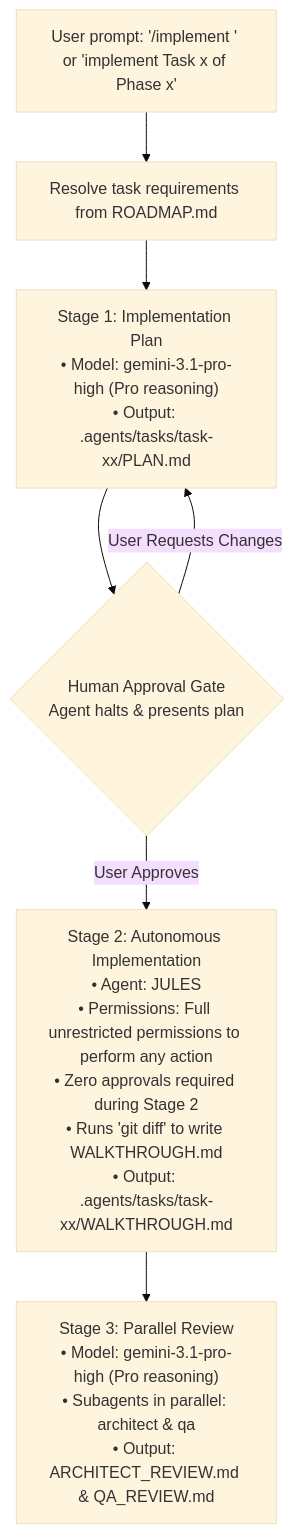
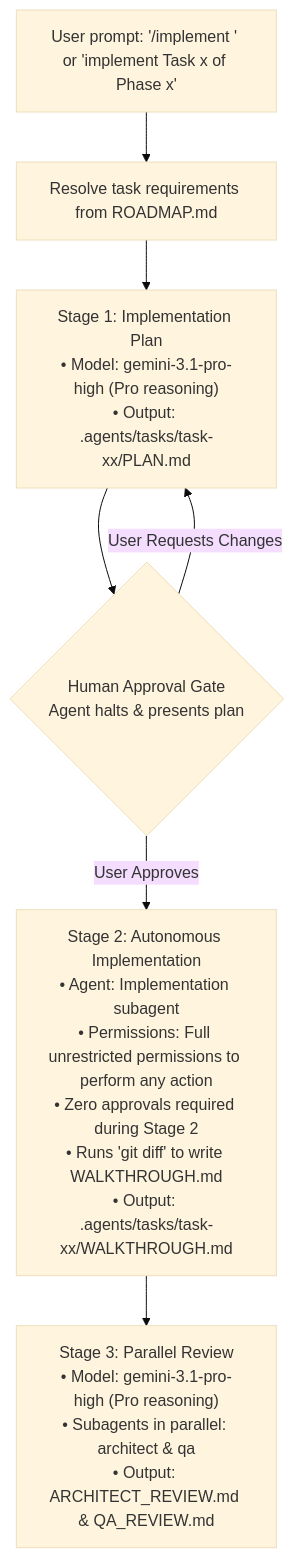
The diagram in .agents/workflows/implement_task.md (aiagentspoc/mcp-server), drawn with Mermaid (base theme) before and after one commit. The commit also changed other lines of this file and 5 other files, not shown here.

````diff
--- a/.agents/workflows/implement_task.md
+++ b/.agents/workflows/implement_task.md
@@ -16,9 +16,9 @@
 ```mermaid
 flowchart TD
     Trigger["User prompt: '/implement <task_id>' or 'implement Task x of Phase x'"] --> Resolve["Resolve task requirements from ROADMAP.md"]
     Resolve --> Stage1["Stage 1: Implementation Plan<br/>• Model: gemini-3.1-pro-high (Pro reasoning)<br/>• Output: .agents/tasks/task-xx/PLAN.md"]
     Stage1 --> Gate{"Human Approval Gate<br/>Agent halts & presents plan"}
-    Gate -->|User Approves| Stage2["Stage 2: Autonomous Implementation<br/>• Agent: JULES<br/>• Permissions: Full unrestricted permissions to perform any action<br/>• Zero approvals required during Stage 2<br/>• Runs 'git diff' to write WALKTHROUGH.md<br/>• Output: .agents/tasks/task-xx/WALKTHROUGH.md"]
+    Gate -->|User Approves| Stage2["Stage 2: Autonomous Implementation<br/>• Agent: Implementation subagent<br/>• Permissions: Full unrestricted permissions to perform any action<br/>• Zero approvals required during Stage 2<br/>• Runs 'git diff' to write WALKTHROUGH.md<br/>• Output: .agents/tasks/task-xx/WALKTHROUGH.md"]
     Gate -->|User Requests Changes| Stage1
     Stage2 --> Stage3["Stage 3: Parallel Review<br/>• Model: gemini-3.1-pro-high (Pro reasoning)<br/>• Subagents in parallel: architect & qa<br/>• Output: ARCHITECT_REVIEW.md & QA_REVIEW.md"]
 ```
````
